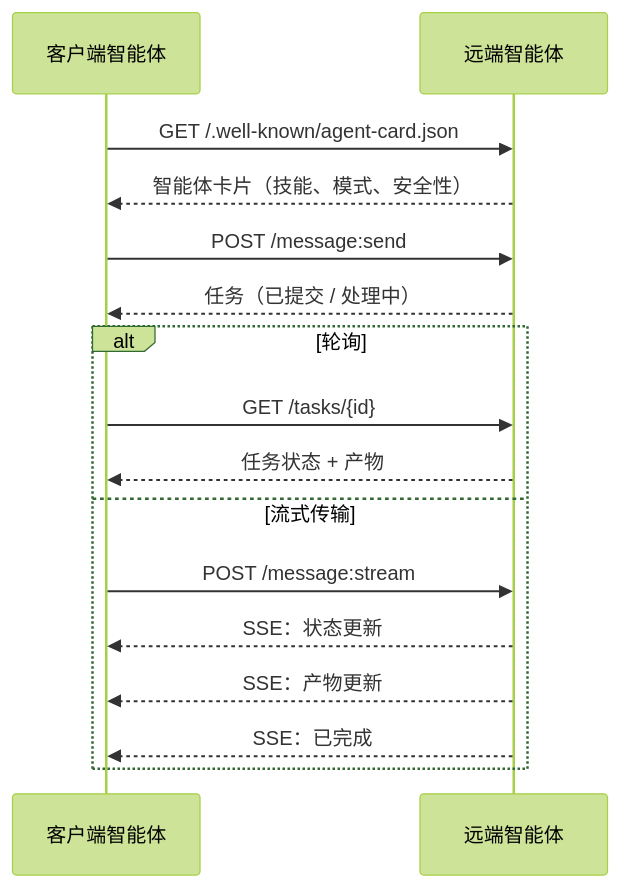
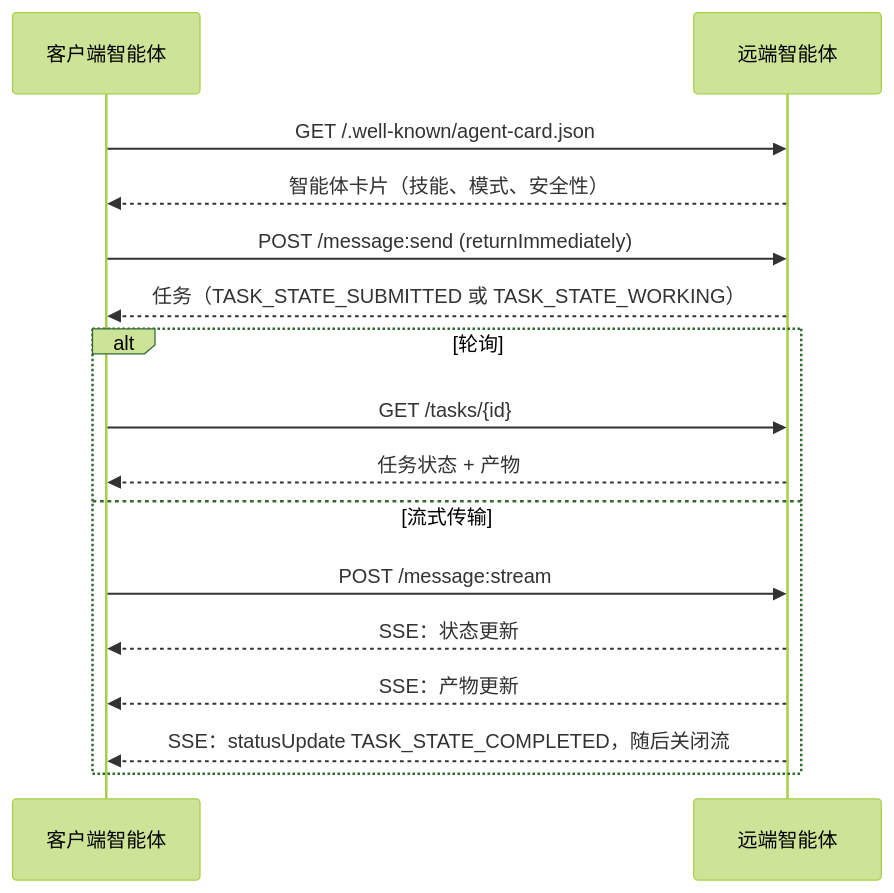
One commit to huangyue12120/Learning-Atlas changed the third of 13 diagrams in content/translations/practice/16-multi-agent-and-swarms/03-communication-protocols/zh.md. Above: the diagram before and after it, drawn with Mermaid (forest theme). The commit also changed other lines of this file and 11 other files, not shown here.

````diff
--- a/content/translations/practice/16-multi-agent-and-swarms/03-communication-protocols/zh.md
+++ b/content/translations/practice/16-multi-agent-and-swarms/03-communication-protocols/zh.md
@@ -93,21 +93,21 @@
 ```mermaid
 sequenceDiagram
     participant Client as 客户端智能体
     participant Remote as 远端智能体
 
     Client->>Remote: GET /.well-known/agent-card.json
     Remote-->>Client: 智能体卡片（技能、模式、安全性）
 
-    Client->>Remote: POST /message:send
-    Remote-->>Client: 任务（已提交 / 处理中）
+    Client->>Remote: POST /message:send (returnImmediately)
+    Remote-->>Client: 任务（TASK_STATE_SUBMITTED 或 TASK_STATE_WORKING）
 
     alt 轮询
         Client->>Remote: GET /tasks/{id}
         Remote-->>Client: 任务状态 + 产物
     else 流式传输
         Client->>Remote: POST /message:stream
         Remote-->>Client: SSE：状态更新
         Remote-->>Client: SSE：产物更新
-        Remote-->>Client: SSE：已完成
+        Remote-->>Client: SSE：statusUpdate TASK_STATE_COMPLETED，随后关闭流
     end
 ```
````
